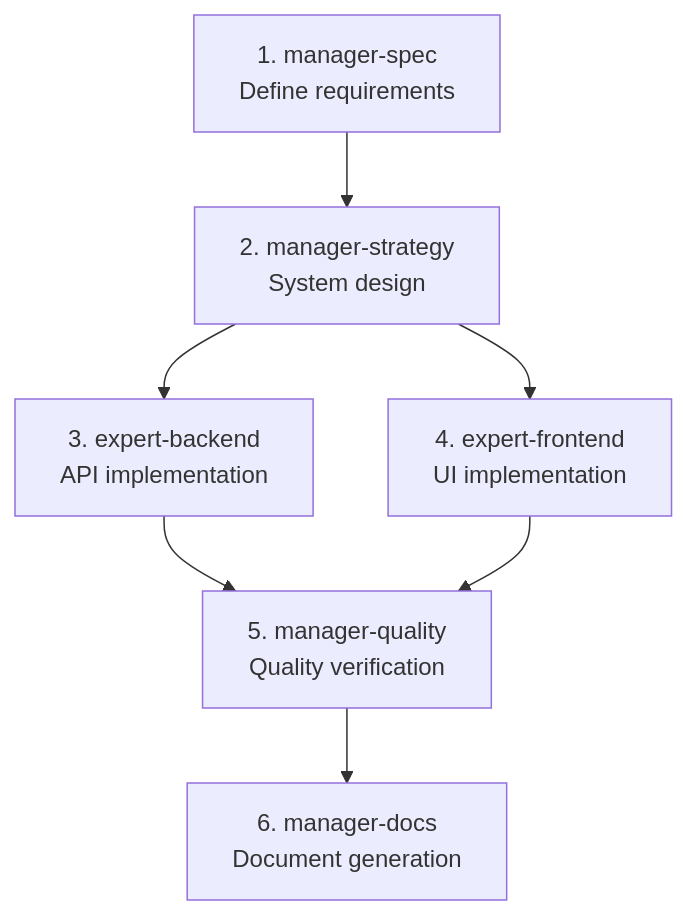
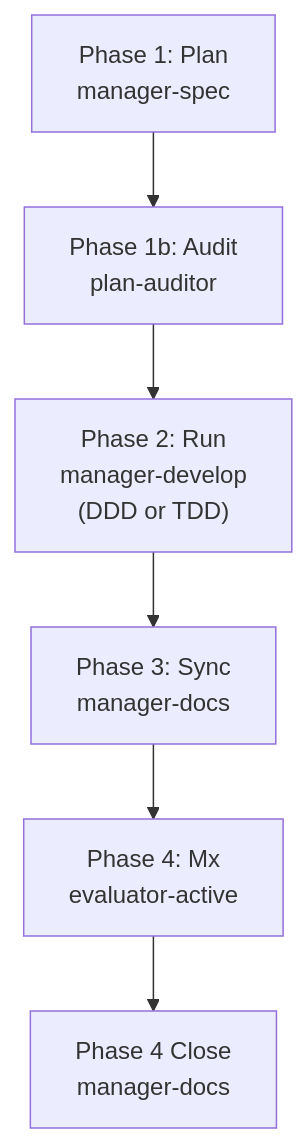
The fourth of 4 diagrams in docs-site/content/en/advanced/agent-guide.md (modu-ai/moai-adk), drawn with Mermaid before and after one commit. The commit also changed other lines of this file and 153 other files, not shown here.

````diff
--- a/docs-site/content/en/advanced/agent-guide.md
+++ b/docs-site/content/en/advanced/agent-guide.md
@@ -303,9 +283,8 @@
 ```mermaid
 flowchart TD
-    A["1. manager-spec<br/>Define requirements"] --> B["2. manager-strategy<br/>System design"]
-    B --> C["3. expert-backend<br/>API implementation"]
-    B --> D["4. expert-frontend<br/>UI implementation"]
-    C --> E["5. manager-quality<br/>Quality verification"]
-    D --> E
-    E --> F["6. manager-docs<br/>Document generation"]
+    A["Phase 1: Plan<br/>manager-spec"] --> B["Phase 1b: Audit<br/>plan-auditor"]
+    B --> C["Phase 2: Run<br/>manager-develop<br/>(DDD or TDD)"]
+    C --> D["Phase 3: Sync<br/>manager-docs"]
+    D --> E["Phase 4: Mx<br/>evaluator-active"]
+    E --> F["Phase 4 Close<br/>manager-docs"]
 ```
````
